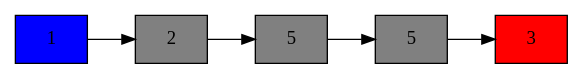
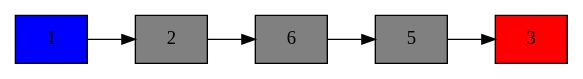
Before and after one commit to JoseTg1904/ConferenciaEDDLineales: the diagram in graficos/cola1.dot, drawn with Graphviz. The commit also changed 9 other files, not shown here.

```diff
--- a/graficos/cola1.dot
+++ b/graficos/cola1.dot
@@ -1,13 +1,13 @@
 digraph grafico{
 node [style = "filled" shape = "box"]
 rankdir = "LR"
-"<clases.nodo.Nodo object at 0x000001702EC75070>" [label = "1" fillcolor = "blue"]
-"<clases.nodo.Nodo object at 0x000001702EC75070>" -> "<clases.nodo.Nodo object at 0x000001702EC75040>"
-"<clases.nodo.Nodo object at 0x000001702EC75040>" [label = "2" fillcolor = "gray"]
-"<clases.nodo.Nodo object at 0x000001702EC75040>" -> "<clases.nodo.Nodo object at 0x000001702EB275B0>"
-"<clases.nodo.Nodo object at 0x000001702EB275B0>" [label = "5" fillcolor = "gray"]
-"<clases.nodo.Nodo object at 0x000001702EB275B0>" -> "<clases.nodo.Nodo object at 0x000001702EB27790>"
-"<clases.nodo.Nodo object at 0x000001702EB27790>" [label = "5" fillcolor = "gray"]
-"<clases.nodo.Nodo object at 0x000001702EB27790>" -> "<clases.nodo.Nodo object at 0x000001702EB27730>"
-"<clases.nodo.Nodo object at 0x000001702EB27730>" [label = "3" fillcolor = "red"]
+"<clases.nodo.Nodo object at 0x7fb0f6a14f40>" [label = "1" fillcolor = "blue"]
+"<clases.nodo.Nodo object at 0x7fb0f6a14f40>" -> "<clases.nodo.Nodo object at 0x7fb0f6a14f70>"
+"<clases.nodo.Nodo object at 0x7fb0f6a14f70>" [label = "2" fillcolor = "gray"]
+"<clases.nodo.Nodo object at 0x7fb0f6a14f70>" -> "<clases.nodo.Nodo object at 0x7fb0f6a14ee0>"
+"<clases.nodo.Nodo object at 0x7fb0f6a14ee0>" [label = "6" fillcolor = "gray"]
+"<clases.nodo.Nodo object at 0x7fb0f6a14ee0>" -> "<clases.nodo.Nodo object at 0x7fb0f6a14eb0>"
+"<clases.nodo.Nodo object at 0x7fb0f6a14eb0>" [label = "5" fillcolor = "gray"]
+"<clases.nodo.Nodo object at 0x7fb0f6a14eb0>" -> "<clases.nodo.Nodo object at 0x7fb0f6a140d0>"
+"<clases.nodo.Nodo object at 0x7fb0f6a140d0>" [label = "3" fillcolor = "red"]
 }
```
